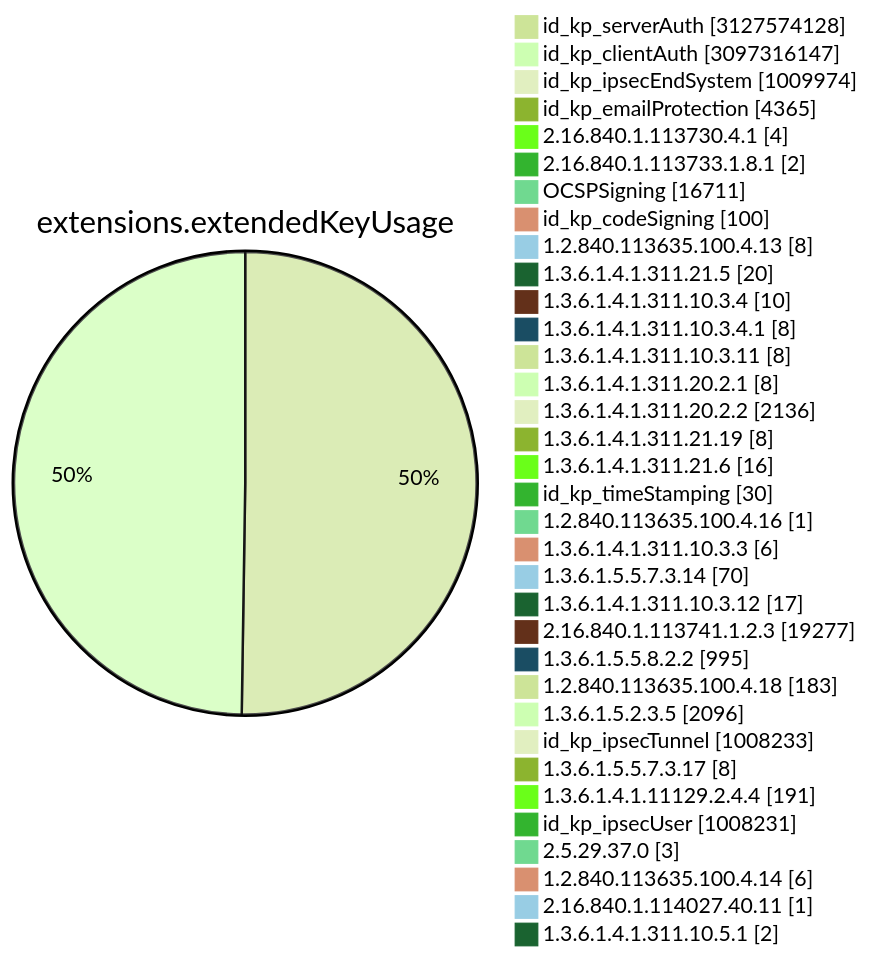
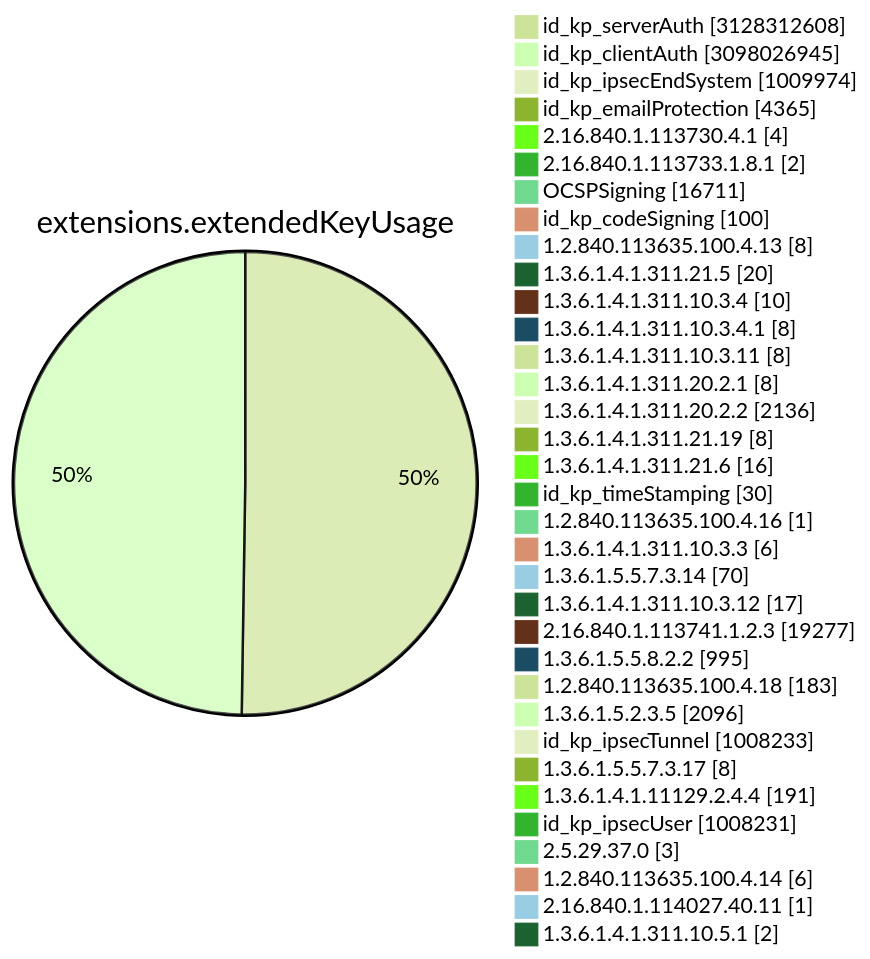
Diagram 11 of 15 in TOTAL/README.md (christiankrug/ctmonitor_visualization), drawn with Mermaid (forest theme) before and after one commit. The commit also changed other lines of this file, not shown here.

````diff
--- a/TOTAL/README.md
+++ b/TOTAL/README.md
@@ -4117,38 +4117,38 @@
 ```mermaid
 pie showData
 title extensions.extendedKeyUsage
-"id_kp_serverAuth" :3127574128
-"id_kp_clientAuth" :3097316147
+"id_kp_serverAuth" :3128312608
+"id_kp_clientAuth" :3098026945
 "id_kp_ipsecEndSystem" :1009974
 "id_kp_emailProtection" :4365
 "2.16.840.1.113730.4.1" :4
 "2.16.840.1.113733.1.8.1" :2
 "OCSPSigning" :16711
 "id_kp_codeSigning" :100
 "1.2.840.113635.100.4.13" :8
 "1.3.6.1.4.1.311.21.5" :20
 "1.3.6.1.4.1.311.10.3.4" :10
 "1.3.6.1.4.1.311.10.3.4.1" :8
 "1.3.6.1.4.1.311.10.3.11" :8
 "1.3.6.1.4.1.311.20.2.1" :8
 "1.3.6.1.4.1.311.20.2.2" :2136
 "1.3.6.1.4.1.311.21.19" :8
 "1.3.6.1.4.1.311.21.6" :16
 "id_kp_timeStamping" :30
 "1.2.840.113635.100.4.16" :1
 "1.3.6.1.4.1.311.10.3.3" :6
 "1.3.6.1.5.5.7.3.14" :70
 "1.3.6.1.4.1.311.10.3.12" :17
 "2.16.840.1.113741.1.2.3" :19277
 "1.3.6.1.5.5.8.2.2" :995
 "1.2.840.113635.100.4.18" :183
 "1.3.6.1.5.2.3.5" :2096
 "id_kp_ipsecTunnel" :1008233
 "1.3.6.1.5.5.7.3.17" :8
 "1.3.6.1.4.1.11129.2.4.4" :191
 "id_kp_ipsecUser" :1008231
 "2.5.29.37.0" :3
 "1.2.840.113635.100.4.14" :6
 "2.16.840.1.114027.40.11" :1
 "1.3.6.1.4.1.311.10.5.1" :2
 ```
````
